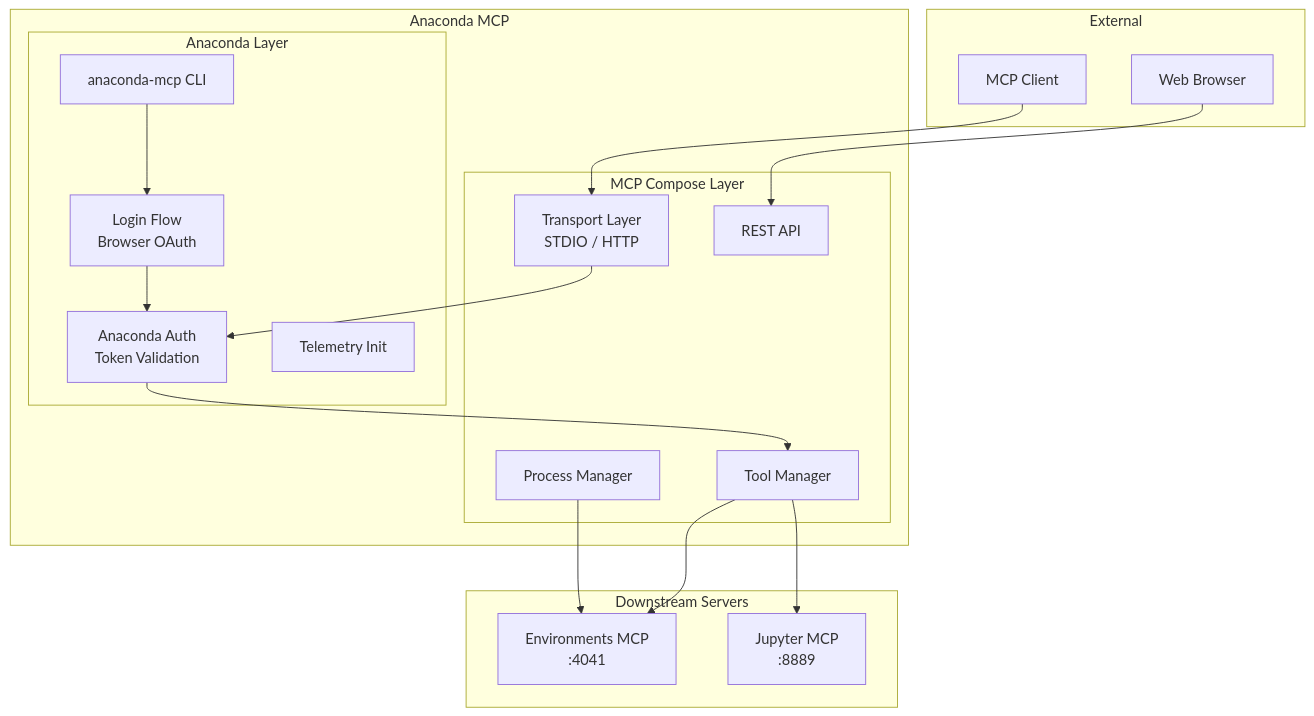
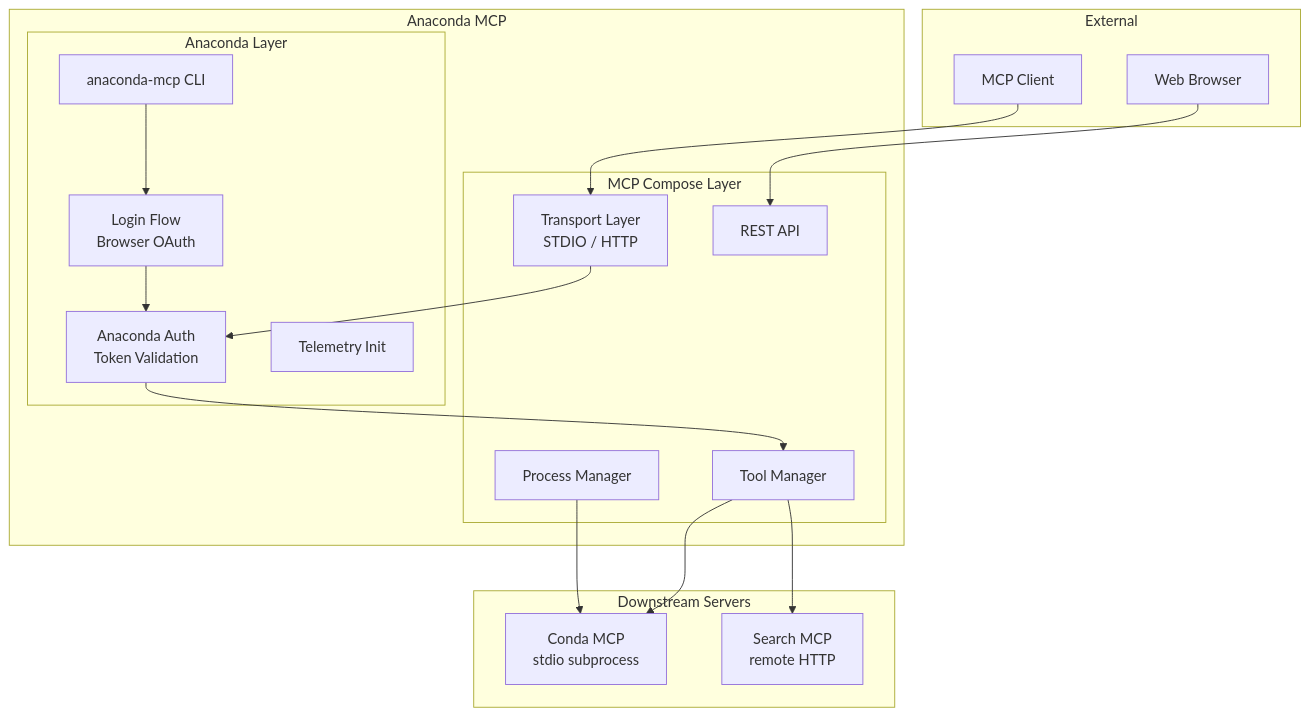
Before and after one commit to anaconda/anaconda-mcp: the second of 6 diagrams in docs/ARCHITECTURE.md, drawn with Mermaid. The commit also changed other lines of this file and 32 other files, not shown here.

````diff
--- a/docs/ARCHITECTURE.md
+++ b/docs/ARCHITECTURE.md
@@ -75,38 +75,38 @@
 ```mermaid
 graph TD
     subgraph External
         Client[MCP Client]
         Browser[Web Browser]
     end
 
     subgraph "Anaconda MCP"
         subgraph "Anaconda Layer"
             CLI[anaconda-mcp CLI]
             AnacondaAuth[Anaconda Auth<br/>Token Validation]
             Login[Login Flow<br/>Browser OAuth]
             Telemetry[Telemetry Init]
         end
 
         subgraph "MCP Compose Layer"
             Transport[Transport Layer<br/>STDIO / HTTP]
             ToolMgr[Tool Manager]
             ProcMgr[Process Manager]
             API[REST API]
         end
     end
 
     subgraph "Downstream Servers"
-        ENV[Environments MCP<br/>:4041]
-        JUP[Jupyter MCP<br/>:8889]
+        ENV[Conda MCP<br/>stdio subprocess]
+        SEARCH[Search MCP<br/>remote HTTP]
     end
 
     Client --> Transport
     Browser --> API
     CLI --> Login
     Login --> AnacondaAuth
     Transport --> AnacondaAuth
     AnacondaAuth --> ToolMgr
     ToolMgr --> ENV
-    ToolMgr --> JUP
+    ToolMgr --> SEARCH
     ProcMgr --> ENV
 ```
````
